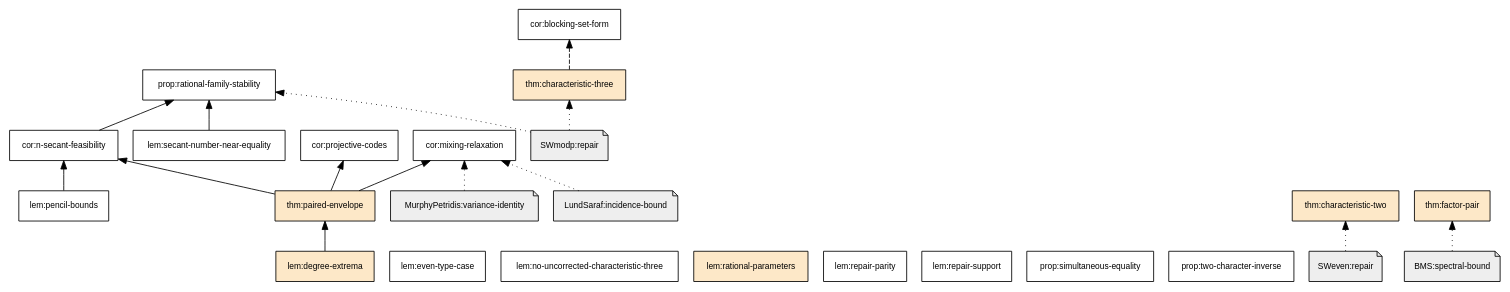
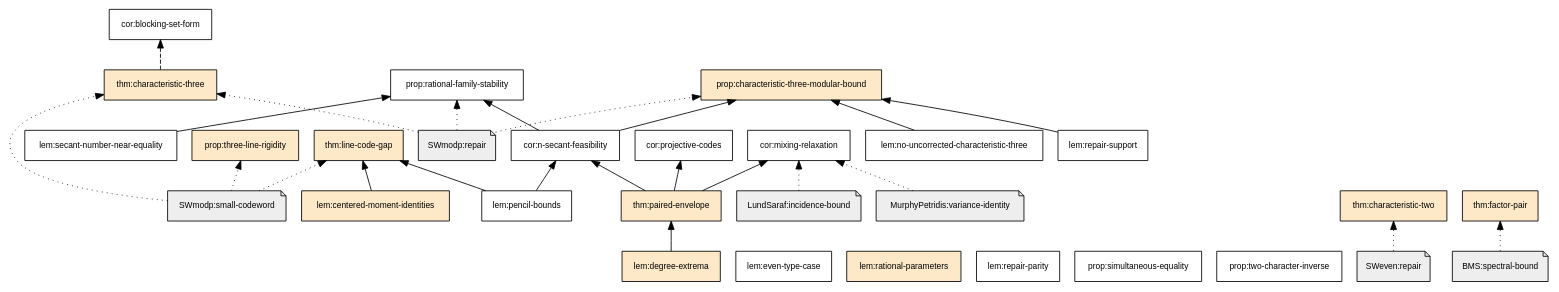
One commit to tavisrudd/integral-secant-arcs changed the diagram in verification/dependency-graph.dot. Above: the diagram before and after it, drawn with Graphviz. The commit also changed 25 other files, not shown here.

Commit message:
Strengthen ternary secant bound to five thirds

```diff
--- a/verification/dependency-graph.dot
+++ b/verification/dependency-graph.dot
@@ -1,43 +1,57 @@
 digraph manuscript {
   rankdir=BT;
   node [shape=box, style=filled, fontname="Helvetica", fontsize=10];
   edge [fontname="Helvetica", fontsize=8];
   "cor:blocking-set-form" [fillcolor="#ffffff", tooltip="absent"];
   "cor:mixing-relaxation" [fillcolor="#ffffff", tooltip="absent"];
   "cor:n-secant-feasibility" [fillcolor="#ffffff", tooltip="absent"];
   "cor:projective-codes" [fillcolor="#ffffff", tooltip="absent"];
+  "lem:centered-moment-identities" [fillcolor="#fde8c8", tooltip="fragment"];
   "lem:degree-extrema" [fillcolor="#fde8c8", tooltip="fragment"];
   "lem:even-type-case" [fillcolor="#ffffff", tooltip="absent"];
   "lem:no-uncorrected-characteristic-three" [fillcolor="#ffffff", tooltip="absent"];
   "lem:pencil-bounds" [fillcolor="#ffffff", tooltip="absent"];
   "lem:rational-parameters" [fillcolor="#fde8c8", tooltip="fragment"];
   "lem:repair-parity" [fillcolor="#ffffff", tooltip="absent"];
   "lem:repair-support" [fillcolor="#ffffff", tooltip="absent"];
   "lem:secant-number-near-equality" [fillcolor="#ffffff", tooltip="absent"];
+  "prop:characteristic-three-modular-bound" [fillcolor="#fde8c8", tooltip="fragment"];
   "prop:rational-family-stability" [fillcolor="#ffffff", tooltip="absent"];
   "prop:simultaneous-equality" [fillcolor="#ffffff", tooltip="absent"];
+  "prop:three-line-rigidity" [fillcolor="#fde8c8", tooltip="fragment"];
   "prop:two-character-inverse" [fillcolor="#ffffff", tooltip="absent"];
   "thm:characteristic-three" [fillcolor="#fde8c8", tooltip="fragment"];
   "thm:characteristic-two" [fillcolor="#fde8c8", tooltip="fragment"];
   "thm:factor-pair" [fillcolor="#fde8c8", tooltip="fragment"];
+  "thm:line-code-gap" [fillcolor="#fde8c8", tooltip="fragment"];
   "thm:paired-envelope" [fillcolor="#fde8c8", tooltip="fragment"];
   "BMS:spectral-bound" [shape=note, fillcolor="#eeeeee"];
   "LundSaraf:incidence-bound" [shape=note, fillcolor="#eeeeee"];
   "MurphyPetridis:variance-identity" [shape=note, fillcolor="#eeeeee"];
   "SWeven:repair" [shape=note, fillcolor="#eeeeee"];
   "SWmodp:repair" [shape=note, fillcolor="#eeeeee"];
+  "SWmodp:small-codeword" [shape=note, fillcolor="#eeeeee"];
   "BMS:spectral-bound" -> "thm:factor-pair" [style=dotted];
   "LundSaraf:incidence-bound" -> "cor:mixing-relaxation" [style=dotted];
   "MurphyPetridis:variance-identity" -> "cor:mixing-relaxation" [style=dotted];
   "SWeven:repair" -> "thm:characteristic-two" [style=dotted];
+  "SWmodp:repair" -> "prop:characteristic-three-modular-bound" [style=dotted];
   "SWmodp:repair" -> "prop:rational-family-stability" [style=dotted];
   "SWmodp:repair" -> "thm:characteristic-three" [style=dotted];
+  "SWmodp:small-codeword" -> "prop:three-line-rigidity" [style=dotted];
+  "SWmodp:small-codeword" -> "thm:characteristic-three" [style=dotted];
+  "SWmodp:small-codeword" -> "thm:line-code-gap" [style=dotted];
+  "cor:n-secant-feasibility" -> "prop:characteristic-three-modular-bound" [style=solid];
   "cor:n-secant-feasibility" -> "prop:rational-family-stability" [style=solid];
+  "lem:centered-moment-identities" -> "thm:line-code-gap" [style=solid];
   "lem:degree-extrema" -> "thm:paired-envelope" [style=solid];
+  "lem:no-uncorrected-characteristic-three" -> "prop:characteristic-three-modular-bound" [style=solid];
   "lem:pencil-bounds" -> "cor:n-secant-feasibility" [style=solid];
+  "lem:pencil-bounds" -> "thm:line-code-gap" [style=solid];
+  "lem:repair-support" -> "prop:characteristic-three-modular-bound" [style=solid];
   "lem:secant-number-near-equality" -> "prop:rational-family-stability" [style=solid];
   "thm:characteristic-three" -> "cor:blocking-set-form" [style=dashed];
   "thm:paired-envelope" -> "cor:mixing-relaxation" [style=solid];
   "thm:paired-envelope" -> "cor:n-secant-feasibility" [style=solid];
   "thm:paired-envelope" -> "cor:projective-codes" [style=solid];
 }
```
